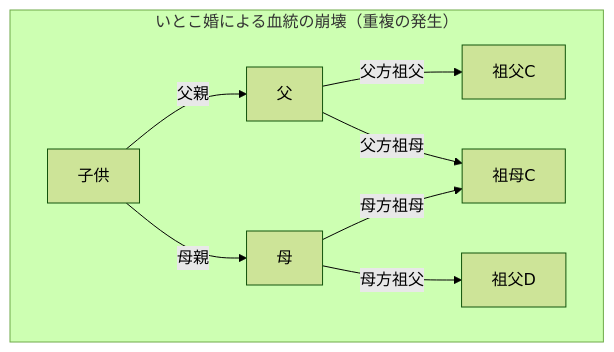
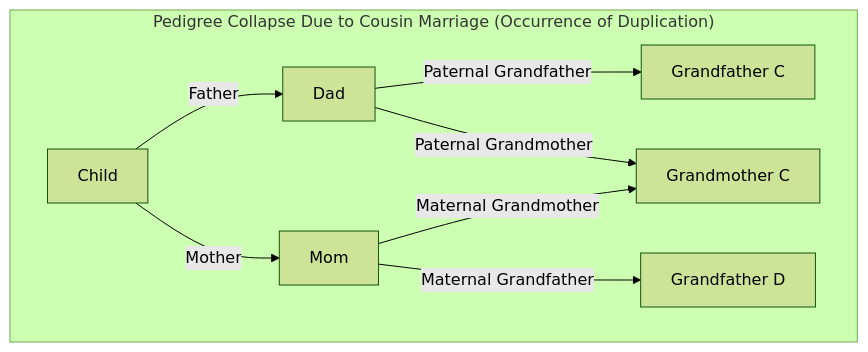
One commit to kenjinote/blog changed the second of 3 diagrams in content/post/pedigree-collapse/index.en.md. Above: the diagram before and after it, drawn with Mermaid (forest theme). The commit also changed other lines of this file and 28 other files, not shown here.

Commit message:
Translate Japanese text inside Mermaid diagrams to respective languages

````diff
--- a/content/post/pedigree-collapse/index.en.md
+++ b/content/post/pedigree-collapse/index.en.md
@@ -64,11 +64,11 @@
 ```mermaid
 graph TD
-    subgraph "いとこ婚による血統の崩壊（重複の発生）"
-        A2["子供"] -->|"父親"| B3["父"]
-        A2 -->|"母親"| B4["母"]
-        B3 -->|"父方祖父"| C5["祖父C"]
-        B3 -->|"父方祖母"| C6["祖母C"]
-        B4 -->|"母方祖父"| C7["祖父D"]
-        B4 -->|"母方祖母"| C6
+    subgraph "Pedigree Collapse Due to Cousin Marriage (Occurrence of Duplication)"
+        A2["Child"] -->|"Father"| B3["Dad"]
+        A2 -->|"Mother"| B4["Mom"]
+        B3 -->|"Paternal Grandfather"| C5["Grandfather C"]
+        B3 -->|"Paternal Grandmother"| C6["Grandmother C"]
+        B4 -->|"Maternal Grandfather"| C7["Grandfather D"]
+        B4 -->|"Maternal Grandmother"| C6
     end
 ```
````
